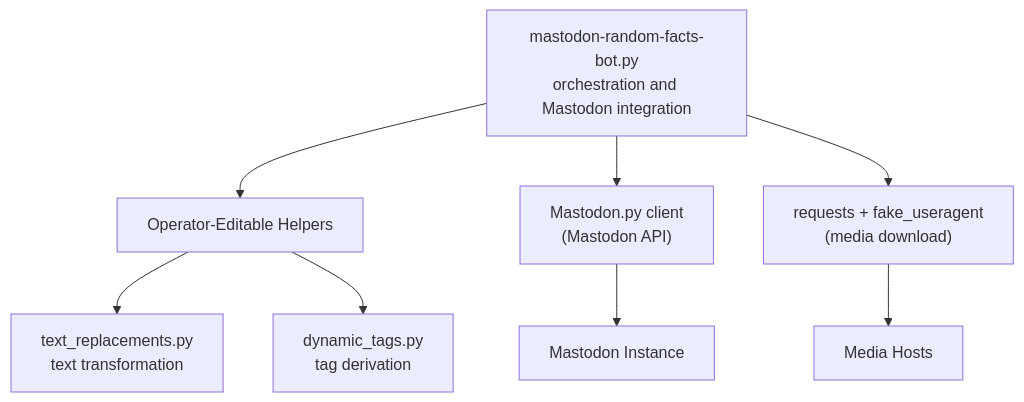
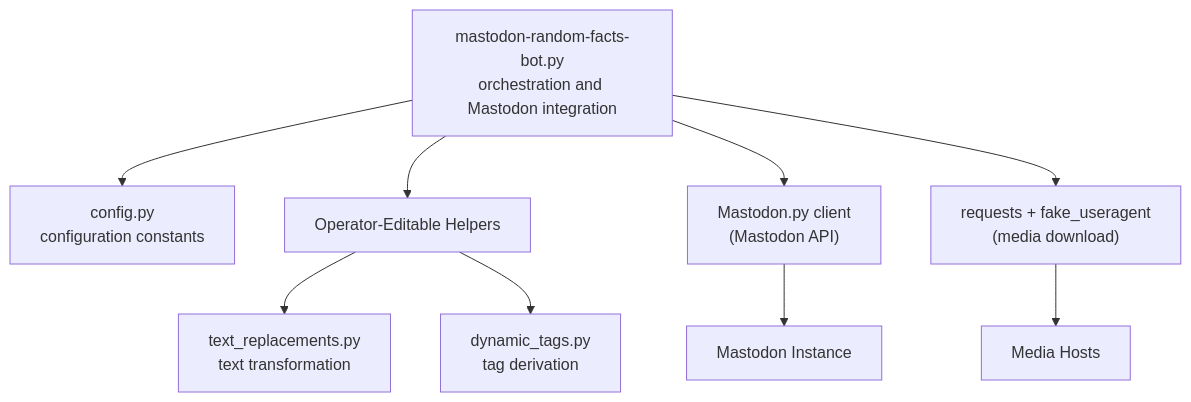
The second of 7 diagrams in ARCHITECTURE.md (hmlendea/mastodon-random-facts-bot), drawn with Mermaid before and after one commit. The commit also changed other lines of this file and 34 other files, not shown here.

````diff
--- a/ARCHITECTURE.md
+++ b/ARCHITECTURE.md
@@ -70,10 +70,11 @@
 ```mermaid
 flowchart TD
-    Entry["mastodon-random-facts-bot.py<br/>orchestration and Mastodon integration"] --> Helpers["Operator-Editable Helpers"]
+    Entry["mastodon-random-facts-bot.py<br/>orchestration and Mastodon integration"] --> Config["config.py<br/>configuration constants"]
+    Entry --> Helpers["Operator-Editable Helpers"]
     Helpers --> TR["text_replacements.py<br/>text transformation"]
     Helpers --> DT["dynamic_tags.py<br/>tag derivation"]
     Entry --> MastodonAPI["Mastodon.py client<br/>(Mastodon API)"]
     Entry --> Requests["requests + fake_useragent<br/>(media download)"]
     MastodonAPI --> Remote["Mastodon Instance"]
     Requests --> MediaHosts["Media Hosts"]
 ```
````
